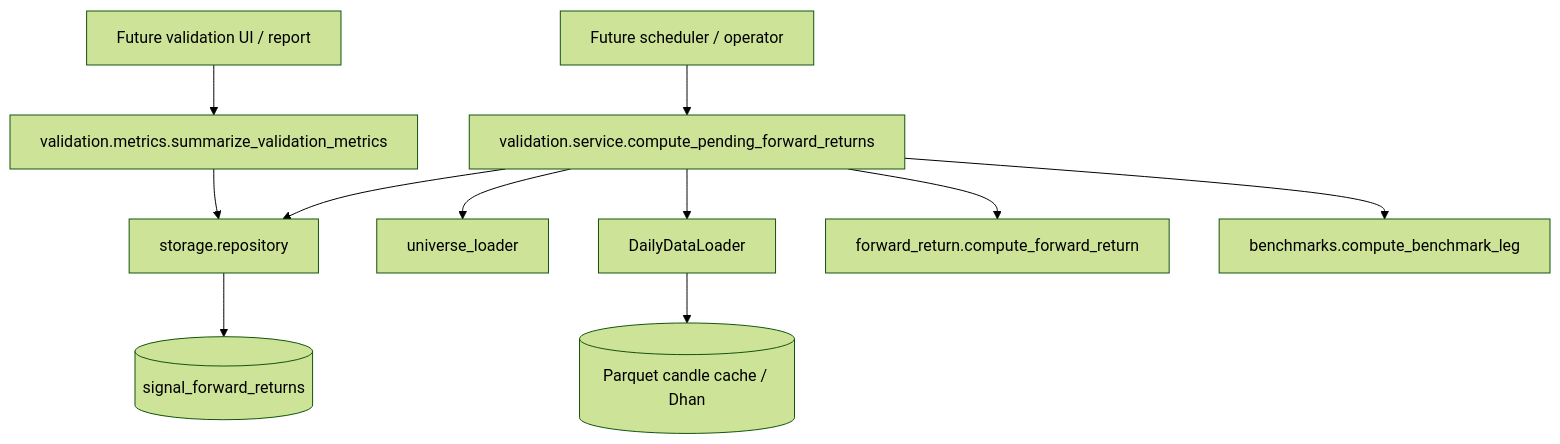
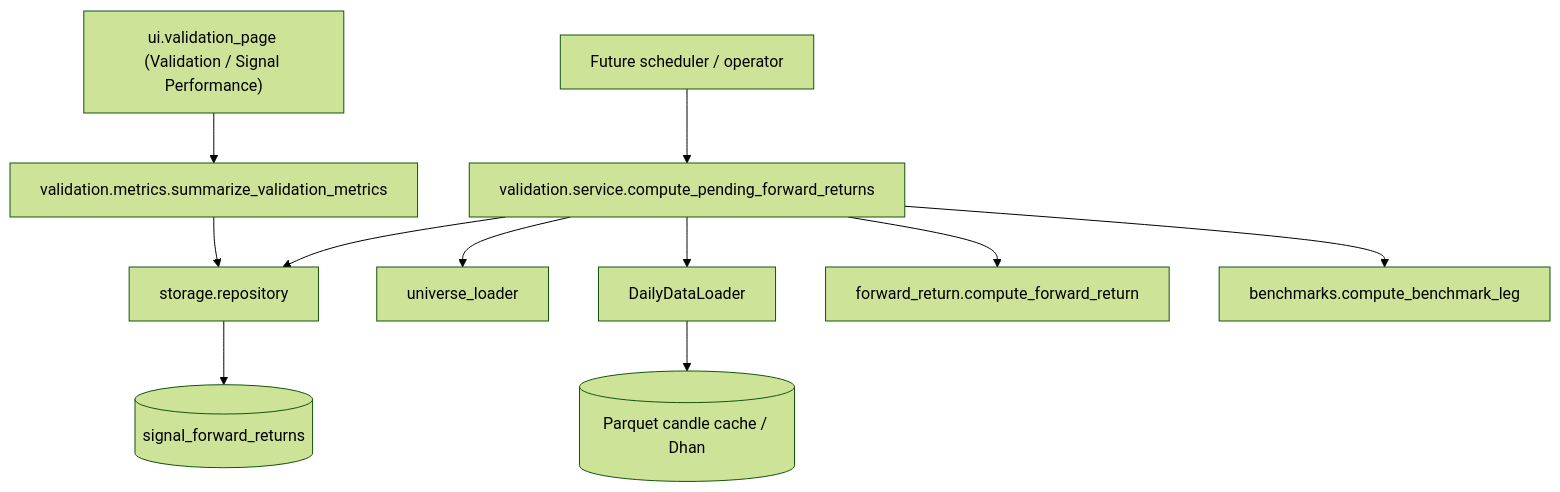
The diagram in docs/architecture/components/validation.md (DoRmAmMu1997/Streamlit-Scanner-App), drawn with Mermaid (forest theme) before and after one commit. The commit also changed other lines of this file and 7 other files, not shown here.

First line of the commit message:
feat(VALID-003B): add read-only Validation / Signal Performance dashboard

````diff
--- a/docs/architecture/components/validation.md
+++ b/docs/architecture/components/validation.md
@@ -24,13 +24,13 @@
 ```mermaid
 flowchart TD
     JOB["Future scheduler / operator"] --> SVC["validation.service.compute_pending_forward_returns"]
     SVC --> REPO["storage.repository"]
     REPO --> DB[("signal_forward_returns")]
-    VIEW["Future validation UI / report"] --> METRICS["validation.metrics.summarize_validation_metrics"]
+    VIEW["ui.validation_page (Validation / Signal Performance)"] --> METRICS["validation.metrics.summarize_validation_metrics"]
     METRICS --> REPO
     SVC --> UNI["universe_loader"]
     SVC --> DATA["DailyDataLoader"]
     DATA --> CACHE[("Parquet candle cache / Dhan")]
     SVC --> CALC["forward_return.compute_forward_return"]
     SVC --> BENCH["benchmarks.compute_benchmark_leg"]
 ```
````
